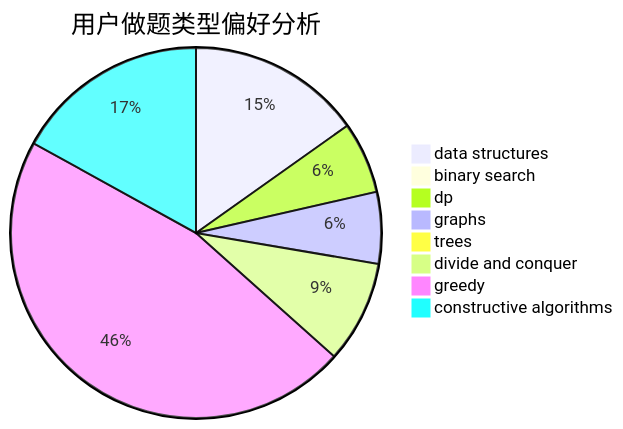
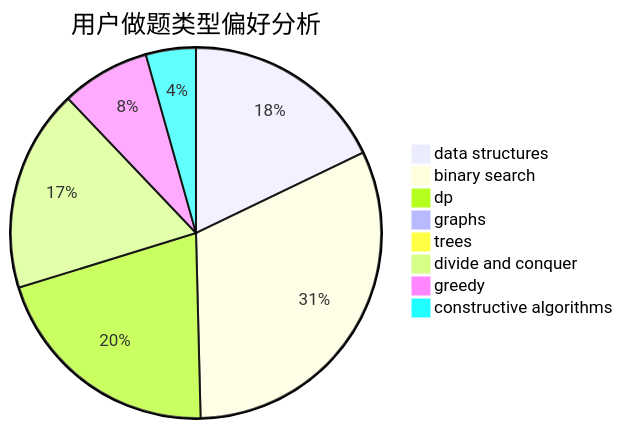
One commit to sherpahu/cfrs.github.io changed the second of 3 diagrams in docs/user/u535.md. Above: the diagram before and after it, drawn with Mermaid. The commit also changed other lines of this file and 2770 other files, not shown here.

````diff
--- a/docs/user/u535.md
+++ b/docs/user/u535.md
@@ -23,11 +23,11 @@
 ```mermaid
 pie title 用户做题类型偏好分析
-    "data structures" :  17
-    "binary search" :  1
-    "dp" :  7
-    "graphs" :  7
-    "trees" :  1
-    "divide and conquer" :  10
-    "greedy" :  52
-    "constructive algorithms" :  19
+    "data structures" :  90
+    "binary search" :  160
+    "dp" :  104
+    "graphs" :  0
+    "trees" :  5
+    "divide and conquer" :  89
+    "greedy" :  39
+    "constructive algorithms" :  22
 ```
````
